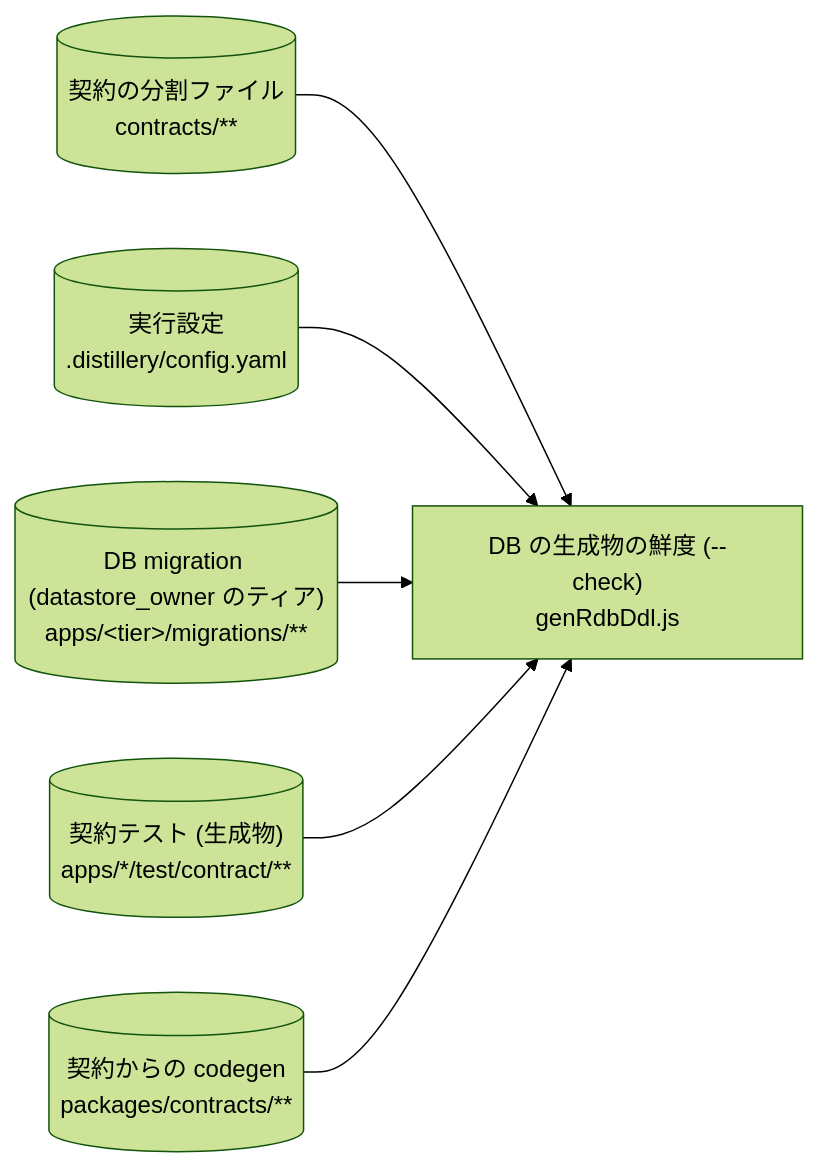
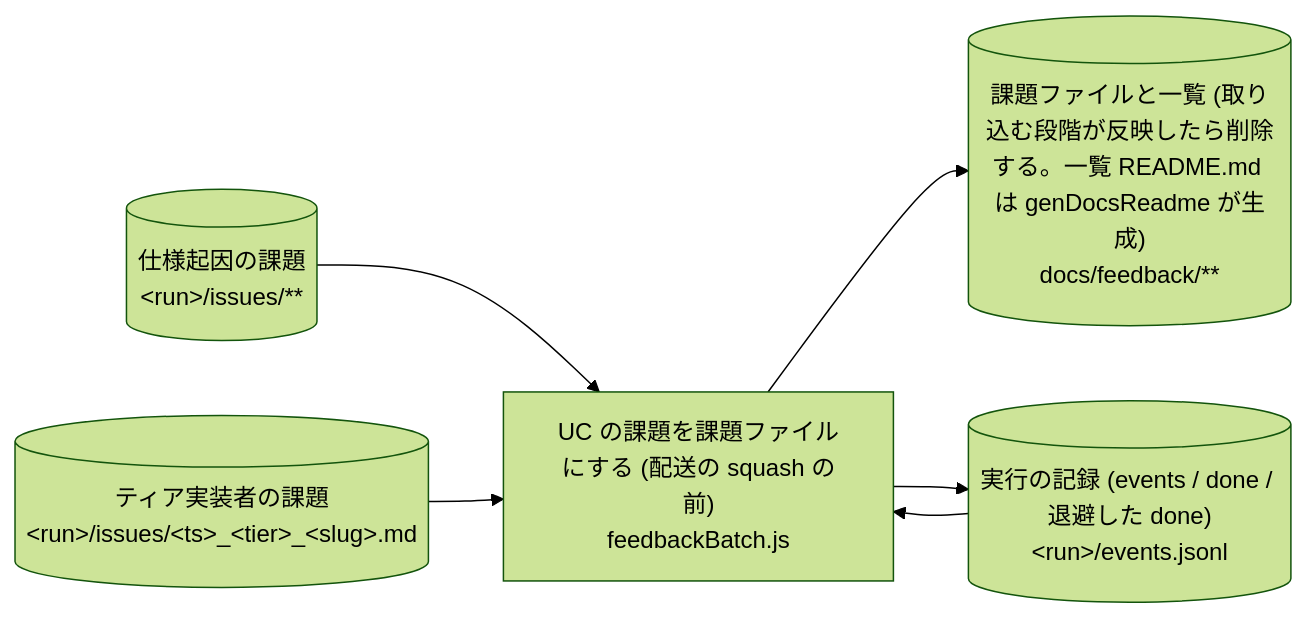
One commit to suwa-sh/suwa-sh-claude-plugins changed diagram 45 of 45 in plugins/distillery2/skills/d2-common/references/dataflow.md. Above: the diagram before and after it, drawn with Mermaid (forest theme). The commit also changed other lines of this file and 22 other files, not shown here.

````diff
--- a/plugins/distillery2/skills/d2-common/references/dataflow.md
+++ b/plugins/distillery2/skills/d2-common/references/dataflow.md
@@ -1005,14 +1070,13 @@
 ```mermaid
 flowchart LR
-  p_run_uc_check_rdb_ddl["DB の生成物の鮮度 (--check)<br/>genRdbDdl.js"]
-  s_contracts_src[("契約の分割ファイル<br/>contracts/**")]
-  s_config[("実行設定<br/>.distillery/config.yaml")]
-  s_migrations[("DB migration (datastore_owner のティア)<br/>apps/#lt;tier#gt;/migrations/**")]
-  s_contract_tests[("契約テスト (生成物)<br/>apps/*/test/contract/**")]
-  s_contracts_code[("契約からの codegen<br/>packages/contracts/**")]
-  s_contracts_src --> p_run_uc_check_rdb_ddl
-  s_config --> p_run_uc_check_rdb_ddl
-  s_migrations --> p_run_uc_check_rdb_ddl
-  s_contract_tests --> p_run_uc_check_rdb_ddl
-  s_contracts_code --> p_run_uc_check_rdb_ddl
+  p_run_uc_file_issues["UC の課題を課題ファイルにする (配送の squash の前)<br/>feedbackBatch.js"]
+  s_issues[("仕様起因の課題<br/>#lt;run#gt;/issues/**")]
+  s_issues_tier[("ティア実装者の課題<br/>#lt;run#gt;/issues/#lt;ts#gt;_#lt;tier#gt;_#lt;slug#gt;.md")]
+  s_run_events[("実行の記録 (events / done / 退避した done)<br/>#lt;run#gt;/events.jsonl")]
+  s_feedback_docs[("課題ファイルと一覧 (取り込む段階が反映したら削除する。一覧 README.md は genDocsReadme が生成)<br/>docs/feedback/**")]
+  s_issues --> p_run_uc_file_issues
+  s_issues_tier --> p_run_uc_file_issues
+  s_run_events --> p_run_uc_file_issues
+  p_run_uc_file_issues --> s_feedback_docs
+  p_run_uc_file_issues --> s_run_events
 ```
````
